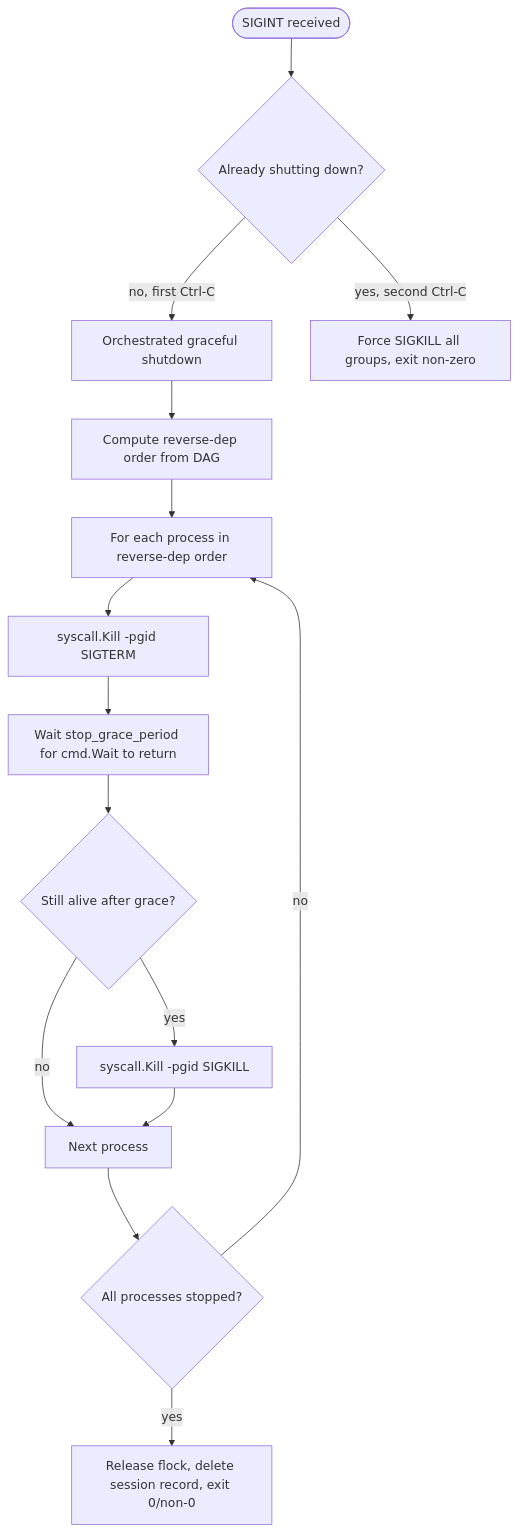
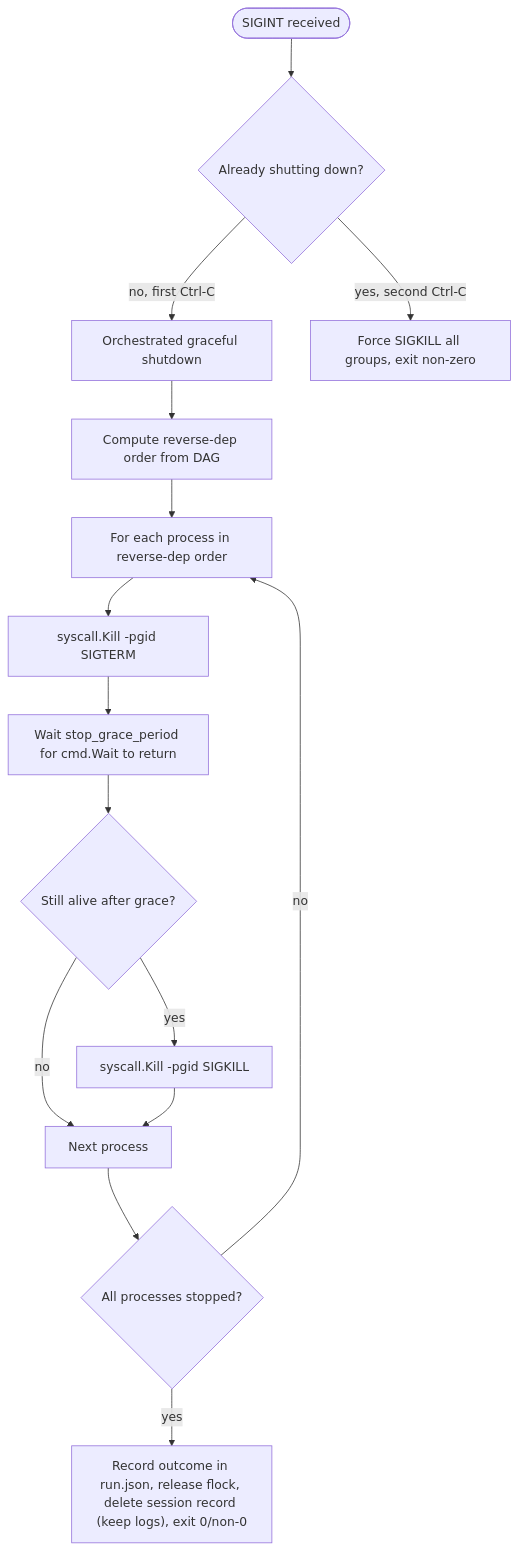
The second of 2 diagrams in TECH.md (orpic/stack-start), drawn with Mermaid before and after one commit. The commit also changed other lines of this file and 3 other files, not shown here.

First line of the commit message:
Add ROADMAP and document Phase 0

````diff
--- a/TECH.md
+++ b/TECH.md
@@ -515,18 +531,18 @@
 ```mermaid
 flowchart TD
     sigint([SIGINT received]) --> guard{Already shutting down?}
     guard -- "no, first Ctrl-C" --> orchestrate[Orchestrated graceful shutdown]
     guard -- "yes, second Ctrl-C" --> escape[Force SIGKILL all groups, exit non-zero]
 
     orchestrate --> reverseDeps[Compute reverse-dep order from DAG]
     reverseDeps --> loop[For each process in reverse-dep order]
     loop --> term[syscall.Kill -pgid SIGTERM]
     term --> wait[Wait stop_grace_period for cmd.Wait to return]
     wait --> alive{Still alive after grace?}
     alive -- yes --> kill[syscall.Kill -pgid SIGKILL]
     alive -- no --> next[Next process]
     kill --> next
     next --> done{All processes stopped?}
     done -- no --> loop
-    done -- yes --> cleanup[Release flock, delete session record, exit 0/non-0]
+    done -- yes --> cleanup["Record outcome in run.json, release flock, delete session record (keep logs), exit 0/non-0"]
 ```
````
